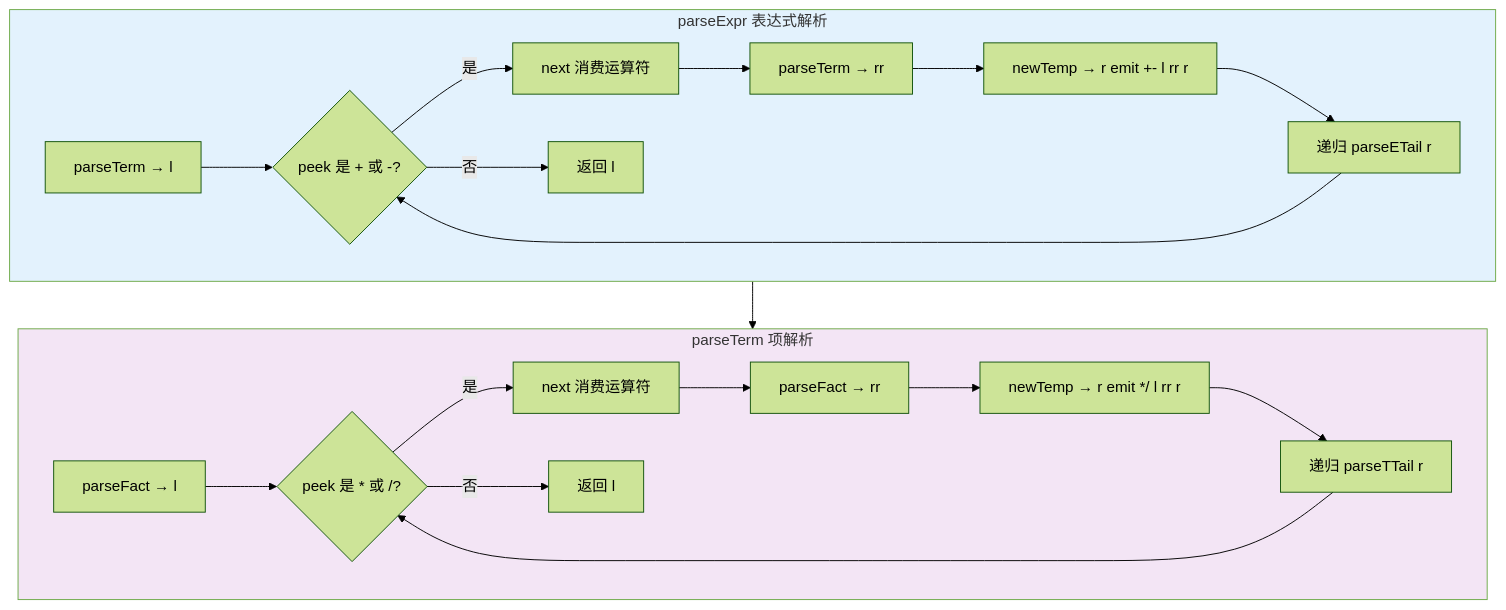
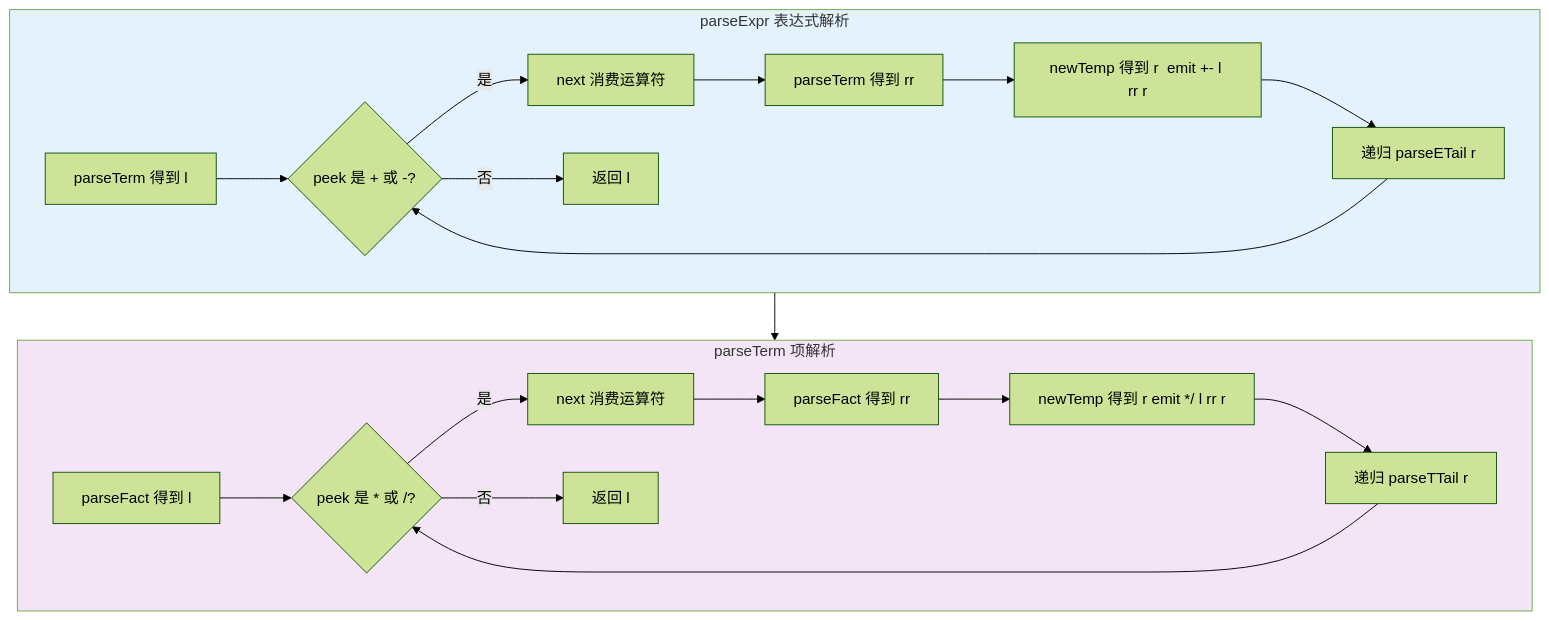
Before and after one commit to sayzwx/L--PL-0: the fifth of 10 diagrams in Docs/设计流程图.md, drawn with Mermaid (forest theme). The commit also changed other lines of this file, not shown here.

Commit message:
恢复图片+修复流程图2.2编码和Loop引用

````diff
--- a/Docs/设计流程图.md
+++ b/Docs/设计流程图.md
@@ -154,29 +167,29 @@
 ```mermaid
 flowchart TD
-    subgraph parseExpr[parseExpr 表达式解析]
+    subgraph Expr[parseExpr 表达式解析]
         direction LR
-        T1[parseTerm → l] --> ET1{peek 是 + 或 -?}
-        ET1 -->|是| Next1[next 消费运算符]
-        Next1 --> T2[parseTerm → rr]
-        T2 --> E1[newTemp → r  emit +- l rr r]
-        E1 --> ET1R[递归 parseETail r]
-        ET1 -->|否| Ret1[返回 l]
-        ET1R --> ET1
+        T1[parseTerm 得到 l] --> E1{peek 是 + 或 -?}
+        E1 -->|是| N1[next 消费运算符]
+        N1 --> T2[parseTerm 得到 rr]
+        T2 --> EM1[newTemp 得到 r  emit +- l rr r]
+        EM1 --> ER1[递归 parseETail r]
+        E1 -->|否| R1[返回 l]
+        ER1 --> E1
     end
     
-    subgraph parseTerm[parseTerm 项解析]
+    subgraph Term[parseTerm 项解析]
         direction LR
-        F1[parseFact → l] --> TT1{peek 是 * 或 /?}
-        TT1 -->|是| Next2[next 消费运算符]
-        Next2 --> F2[parseFact → rr]
-        F2 --> E2[newTemp → r  emit */ l rr r]
-        E2 --> TT1R[递归 parseTTail r]
-        TT1 -->|否| Ret2[返回 l]
-        TT1R --> TT1
+        FT[parseFact 得到 l] --> T1T{peek 是 * 或 /?}
+        T1T -->|是| N2[next 消费运算符]
+        N2 --> F2[parseFact 得到 rr]
+        F2 --> EM2[newTemp 得到 r  emit */ l rr r]
+        EM2 --> TR[递归 parseTTail r]
+        T1T -->|否| R2[返回 l]
+        TR --> T1T
     end
     
-    parseExpr --> parseTerm
+    Expr --> Term
 
-    style parseExpr fill:#E3F2FD
-    style parseTerm fill:#F3E5F5
+    style Expr fill:#E3F2FD
+    style Term fill:#F3E5F5
 ```
````
